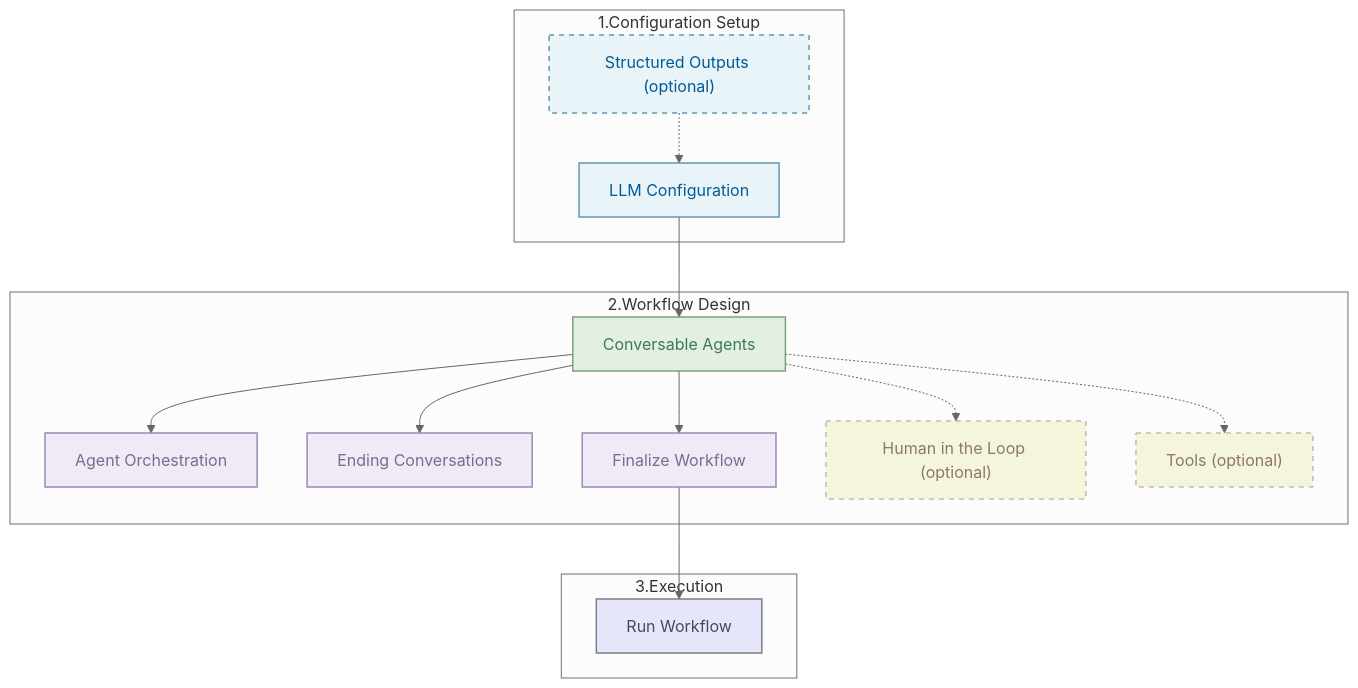
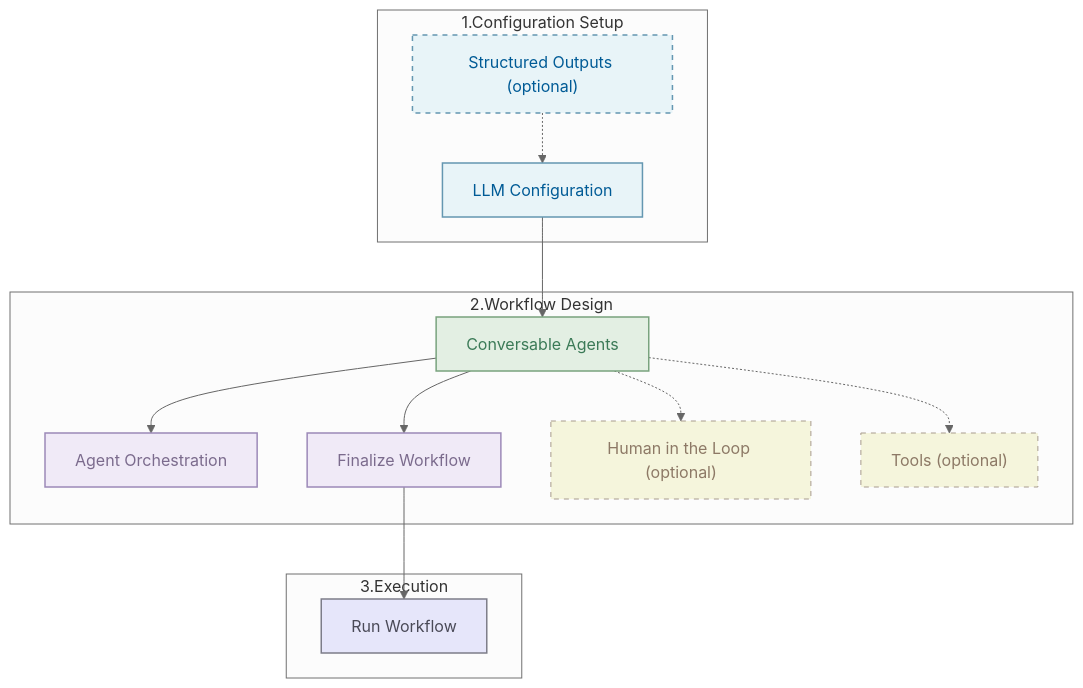
The diagram in website/docs/user-guide/basic-concepts/overview.mdx (ag2ai/ag2), drawn with Mermaid (neutral theme) before and after one commit. The commit also changed other lines of this file and 8 other files, not shown here.

````diff
--- a/website/docs/user-guide/basic-concepts/overview.mdx
+++ b/website/docs/user-guide/basic-concepts/overview.mdx
@@ -116,49 +105,46 @@
 ``` mermaid
 flowchart TD
     %% Configuration Section
     subgraph config_grp["1.Configuration Setup"]
         LLM["LLM Configuration"]
         Outputs["Structured Outputs (optional)"]
     end
 
     %% Workflow Design Section
     subgraph workflow_grp["2.Workflow Design"]
         Agent["Conversable Agents"]
         Orchestration["Agent Orchestration"]
-        EndConv["Ending Conversations"]
         Finalize["Finalize Workflow"]
         Human["Human in the Loop (optional)"]
         Tools["Tools (optional)"]
 
         LLM --> Agent
         Outputs -.-> LLM
 
         Agent --> Orchestration
-        Agent --> EndConv
         Agent --> Finalize
         Agent -.-> Human
         Agent -.-> Tools
     end
 
     %% Execution Section
     subgraph execution_grp["3.Execution"]
         Run["Run Workflow"]
     end
 
     %% Flow Connections
     Finalize --> Run
 
     %% Applying styles directly with style statements
     style LLM fill:#E8F4F8,stroke:#6497B1,stroke-width:1.5px,color:#005B96
     style Outputs fill:#E8F4F8,stroke:#6497B1,stroke-width:1.5px,color:#005B96,stroke-dasharray:5 5
 
     style Agent fill:#E3EFE3,stroke:#79A37E,stroke-width:1.5px,color:#3B7A57
     style Orchestration fill:#F0EAF7,stroke:#9C89B8,stroke-width:1.5px,color:#7B6B8D
-    style EndConv fill:#F0EAF7,stroke:#9C89B8,stroke-width:1.5px,color:#7B6B8D
     style Finalize fill:#F0EAF7,stroke:#9C89B8,stroke-width:1.5px,color:#7B6B8D
 
     style Human fill:#F5F5DC,stroke:#A79B8E,stroke-width:1px,color:#8D7966,stroke-dasharray:5 5
     style Tools fill:#F5F5DC,stroke:#A79B8E,stroke-width:1px,color:#8D7966,stroke-dasharray:5 5
 
     style Run fill:#E6E6FA,stroke:#7D7D89,stroke-width:1.5px,color:#4A4A57
 ```
````
